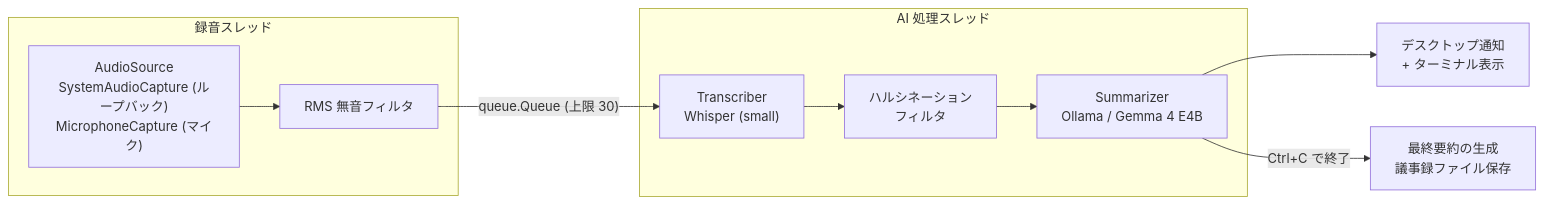
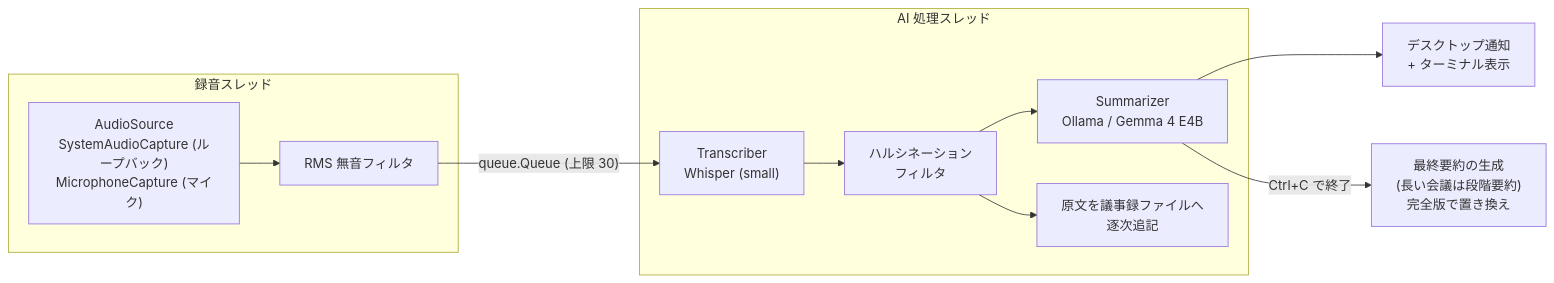
The diagram in README.md (poporpepopo/memorandum), drawn with Mermaid before and after one commit. The commit also changed other lines of this file and 5 other files, not shown here.

````diff
--- a/README.md
+++ b/README.md
@@ -24,13 +25,14 @@
 ```mermaid
 flowchart LR
     subgraph capture["録音スレッド"]
         SRC["AudioSource<br/>SystemAudioCapture (ループバック)<br/>MicrophoneCapture (マイク)"] --> RMS["RMS 無音フィルタ"]
     end
     RMS -- "queue.Queue (上限 30)" --> STT
     subgraph worker["AI 処理スレッド"]
         STT["Transcriber<br/>Whisper (small)"] --> HAL["ハルシネーション<br/>フィルタ"]
         HAL --> SUM["Summarizer<br/>Ollama / Gemma 4 E4B"]
+        HAL --> LOG["原文を議事録ファイルへ<br/>逐次追記"]
     end
     SUM --> NOTIFY["デスクトップ通知<br/>+ ターミナル表示"]
-    SUM -- "Ctrl+C で終了" --> REPORT["最終要約の生成<br/>議事録ファイル保存"]
+    SUM -- "Ctrl+C で終了" --> REPORT["最終要約の生成<br/>(長い会議は段階要約)<br/>完全版で置き換え"]
 ```
````
